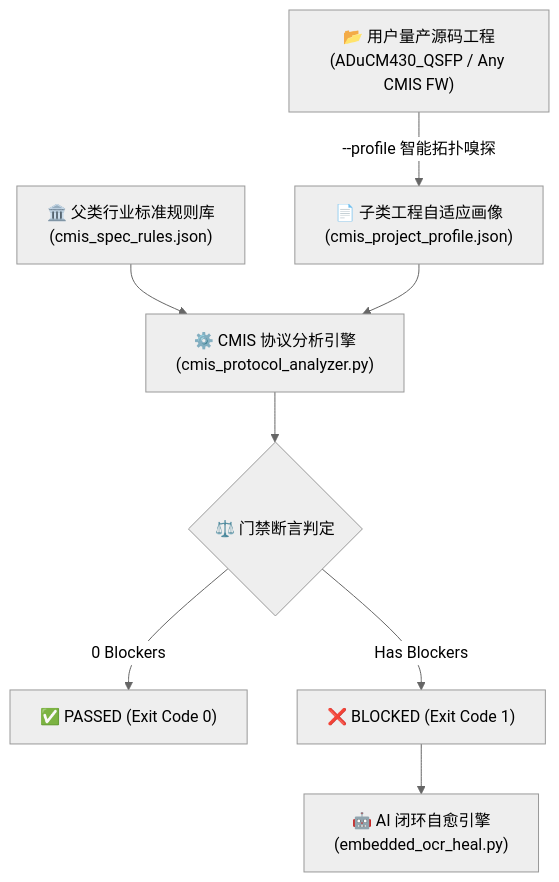
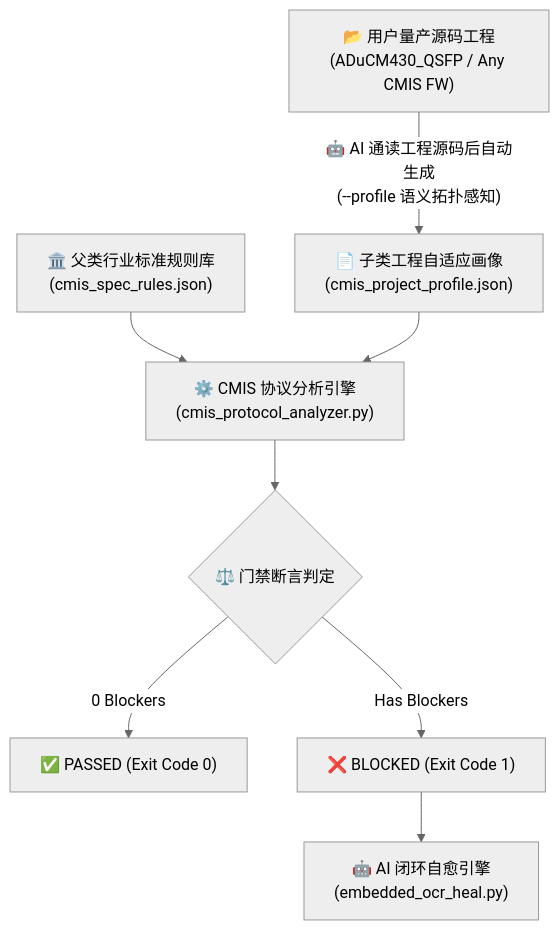
Before and after one commit to makemk/embedded-firmware-analyzer: the diagram in rules/CMIS_RULES_SPECIFICATION.md, drawn with Mermaid (neutral theme). The commit also changed other lines of this file and 2 other files, not shown here.

Commit message:
docs: clarify child profile is automatically generated by AI reading codebase

````diff
--- a/rules/CMIS_RULES_SPECIFICATION.md
+++ b/rules/CMIS_RULES_SPECIFICATION.md
@@ -45,10 +55,10 @@
 ```mermaid
 flowchart TD
     SPEC["🏛️ 父类行业标准规则库<br>(cmis_spec_rules.json)"] --> ANALYZER["⚙️ CMIS 协议分析引擎<br>(cmis_protocol_analyzer.py)"]
-    PROJ["📂 用户量产源码工程<br>(ADuCM430_QSFP / Any CMIS FW)"] -->|"--profile 智能拓扑嗅探"| PROFILE["📄 子类工程自适应画像<br>(cmis_project_profile.json)"]
+    PROJ["📂 用户量产源码工程<br>(ADuCM430_QSFP / Any CMIS FW)"] -->|"🤖 AI 通读工程源码后自动生成<br>(--profile 语义拓扑感知)"| PROFILE["📄 子类工程自适应画像<br>(cmis_project_profile.json)"]
     PROFILE --> ANALYZER
     ANALYZER --> VERDICT{"⚖️ 门禁断言判定"}
     VERDICT -->|0 Blockers| PASS["✅ PASSED (Exit Code 0)"]
     VERDICT -->|Has Blockers| FAIL["❌ BLOCKED (Exit Code 1)"]
     FAIL --> AI_HEAL["🤖 AI 闭环自愈引擎<br>(embedded_ocr_heal.py)"]
 ```
````
